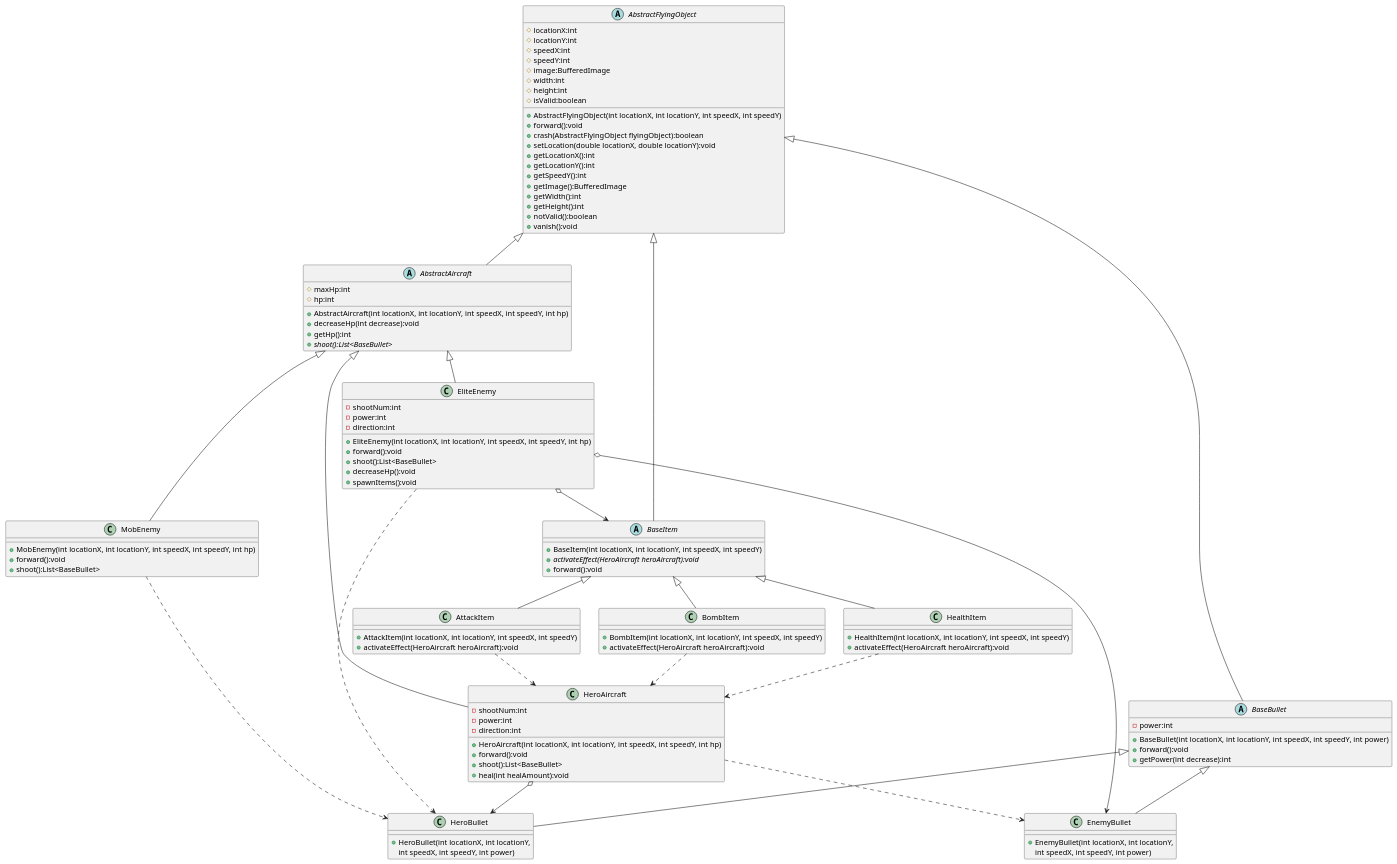
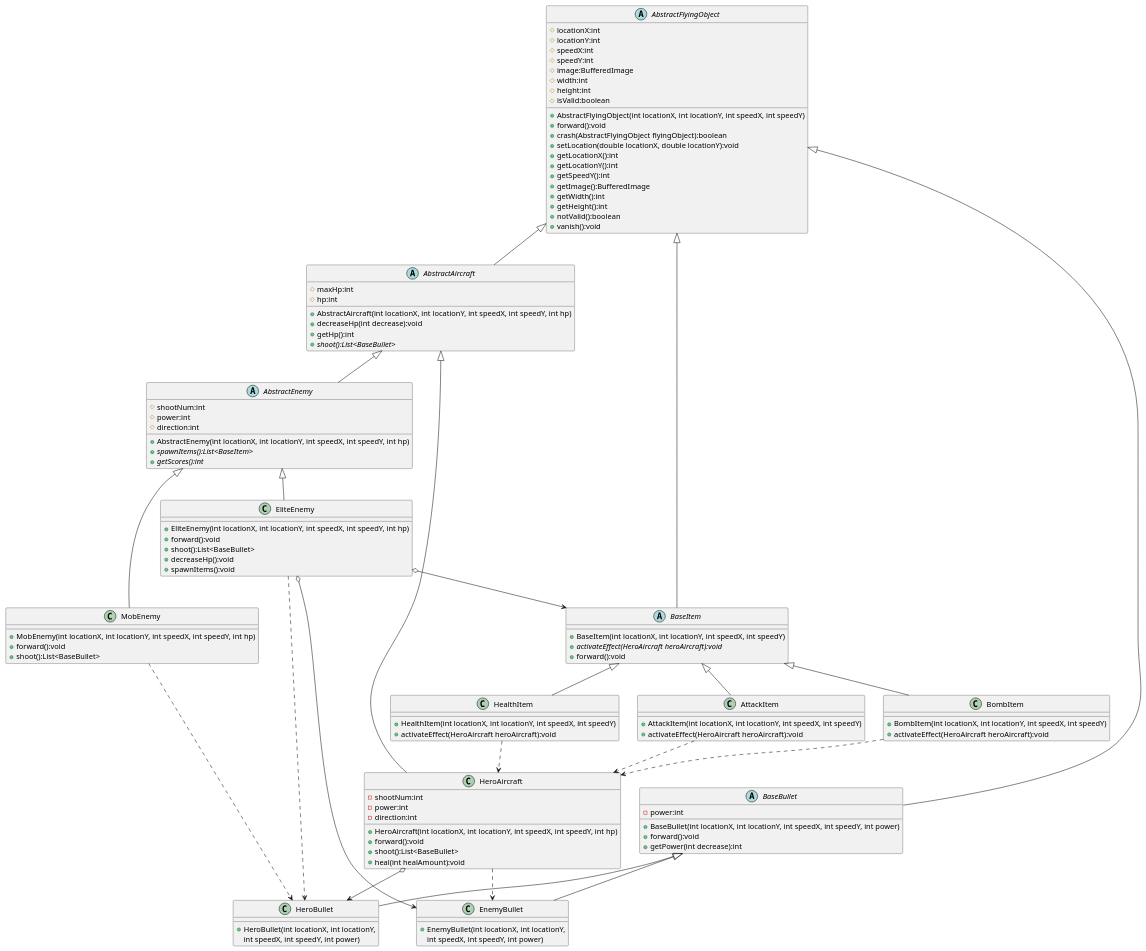
One commit to ZhouYuan307/AircraftWar changed the diagram in uml/Inheritence.puml. Above: the diagram before and after it, drawn with PlantUML. The commit also changed 17 other files, not shown here.

```diff
--- a/uml/Inheritence.puml
+++ b/uml/Inheritence.puml
@@ -1,136 +1,144 @@
 @startuml
 'https://plantuml.com/class-diagram
 
 abstract class AbstractFlyingObject
 {
     # locationX:int
     # locationY:int
     # speedX:int
     # speedY:int
     # image:BufferedImage
     # width:int
     # height:int
     # isValid:boolean
 
     + AbstractFlyingObject(int locationX, int locationY, int speedX, int speedY)
     + forward():void
     + crash(AbstractFlyingObject flyingObject):boolean
     + setLocation(double locationX, double locationY):void
     + getLocationX():int
     + getLocationY():int
     + getSpeedY():int
     + getImage():BufferedImage
     + getWidth():int
     + getHeight():int
     + notValid():boolean
     + vanish():void
 }
 
 abstract class AbstractAircraft
 {
 	# maxHp:int
     # hp:int
     + AbstractAircraft(int locationX, int locationY, int speedX, int speedY, int hp)
     + decreaseHp(int decrease):void
     + getHp():int
     + {abstract} shoot():List<BaseBullet>
  }
 AbstractFlyingObject <|-- AbstractAircraft
 
+abstract class AbstractEnemy
+{
+    # shootNum:int
+    # power:int
+    # direction:int
+    + AbstractEnemy(int locationX, int locationY, int speedX, int speedY, int hp)
+    + {abstract} spawnItems():List<BaseItem>
+    + {abstract} getScores():int
+ }
+AbstractAircraft <|-- AbstractEnemy
+
 class HeroAircraft {
     - shootNum:int
     - power:int
     - direction:int
     + HeroAircraft(int locationX, int locationY, int speedX, int speedY, int hp)
     + forward():void
     + shoot():List<BaseBullet>
     + heal(int healAmount):void
 }
 AbstractAircraft <|-- HeroAircraft
 
 class MobEnemy {
     + MobEnemy(int locationX, int locationY, int speedX, int speedY, int hp)
     + forward():void
     + shoot():List<BaseBullet>
 }
-AbstractAircraft <|-- MobEnemy
+AbstractEnemy <|-- MobEnemy
 
 class EliteEnemy {
-    - shootNum:int
-    - power:int
-    - direction:int
     + EliteEnemy(int locationX, int locationY, int speedX, int speedY, int hp)
     + forward():void
     + shoot():List<BaseBullet>
     + decreaseHp():void
     + spawnItems():void
 }
-AbstractAircraft <|-- EliteEnemy
+AbstractEnemy <|-- EliteEnemy
 
 abstract class BaseBullet
 {
     - power:int
     + BaseBullet(int locationX, int locationY, int speedX, int speedY, int power)
     + forward():void
 	+ getPower(int decrease):int
 
 }
 AbstractFlyingObject <|-- BaseBullet
 
 class HeroBullet {
     + HeroBullet(int locationX, int locationY,
      int speedX, int speedY, int power)
 }
 BaseBullet <|-- HeroBullet
 
 class EnemyBullet {
     + EnemyBullet(int locationX, int locationY,
      int speedX, int speedY, int power)
 }
 BaseBullet <|-- EnemyBullet
 
 
 abstract class BaseItem{
     + BaseItem(int locationX, int locationY, int speedX, int speedY)
     + {abstract}activateEffect(HeroAircraft heroAircraft):void
     + forward():void
 }
 AbstractFlyingObject <|-- BaseItem
 
 class AttackItem {
     + AttackItem(int locationX, int locationY, int speedX, int speedY)
     + activateEffect(HeroAircraft heroAircraft):void
 }
 BaseItem <|-- AttackItem
 
 class BombItem {
     + BombItem(int locationX, int locationY, int speedX, int speedY)
     + activateEffect(HeroAircraft heroAircraft):void
 }
 
 BaseItem <|-- BombItem
 
 class HealthItem {
     + HealthItem(int locationX, int locationY, int speedX, int speedY)
     + activateEffect(HeroAircraft heroAircraft):void
 }
 BaseItem <|-- HealthItem
 
 
 '除去继承之外的关系
 
 '依赖关系
 HealthItem ..> HeroAircraft
 BombItem ..> HeroAircraft
 AttackItem ..> HeroAircraft
 HeroAircraft ..> EnemyBullet
 EliteEnemy ..> HeroBullet
 MobEnemy ..> HeroBullet
 
 '聚合关系
 HeroAircraft o--> HeroBullet
 EliteEnemy o--> EnemyBullet
 EliteEnemy o--> BaseItem
 
 
 @enduml
```
